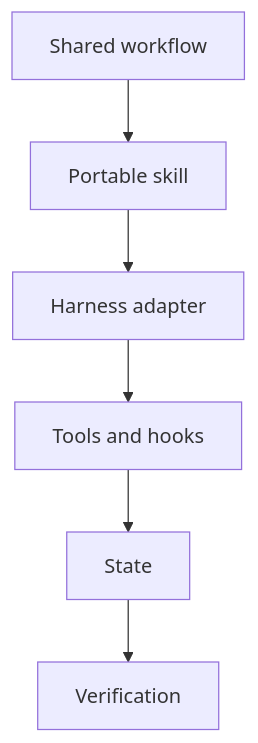
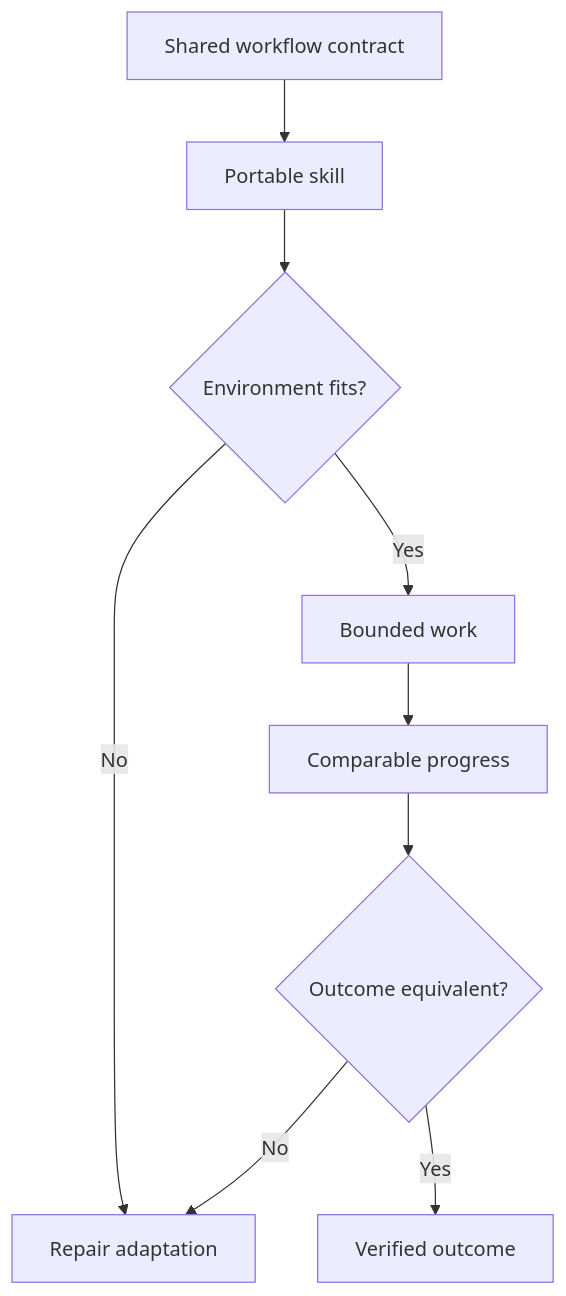
The diagram in README.md (J0UH/portable-agent-capabilities), drawn with Mermaid before and after one commit. The commit also changed other lines of this file and 2 other files, not shown here.

````diff
--- a/README.md
+++ b/README.md
@@ -26,14 +28,13 @@
 ```mermaid
 flowchart TD
-    n0["Shared workflow"]
-    n1["Portable skill"]
-    n2["Harness adapter"]
-    n3["Tools and hooks"]
-    n4["State"]
-    n5["Verification"]
-    n0 --> n1
-    n1 --> n2
-    n2 --> n3
-    n3 --> n4
-    n4 --> n5
+accTitle: Portable agent capabilities
+accDescr: The workflow contract stays independent from a particular environment. Progress remains comparable, and inconsistent behaviour is repaired at the adaptation boundary instead of changing the useful capability.
+    workflow["Shared workflow contract"] --> skill["Portable skill"]
+    skill --> adapter{"Environment fits?"}
+    adapter -->|No| revise["Repair adaptation"]
+    adapter -->|Yes| tools["Bounded work"]
+    tools --> state["Comparable progress"]
+    state --> verify{"Outcome equivalent?"}
+    verify -->|No| revise
+    verify -->|Yes| evidence["Verified outcome"]
 ```
````
